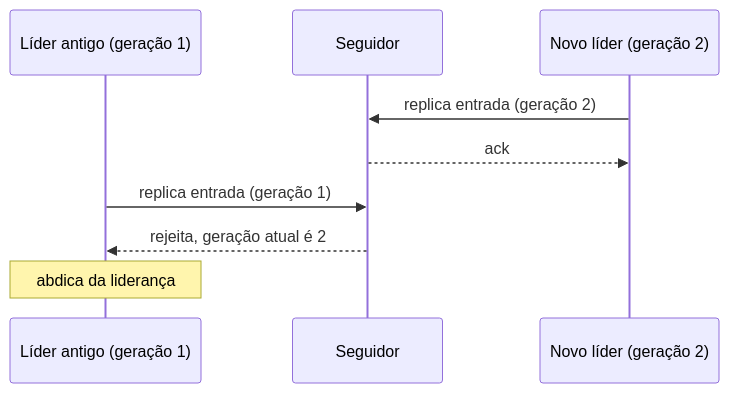
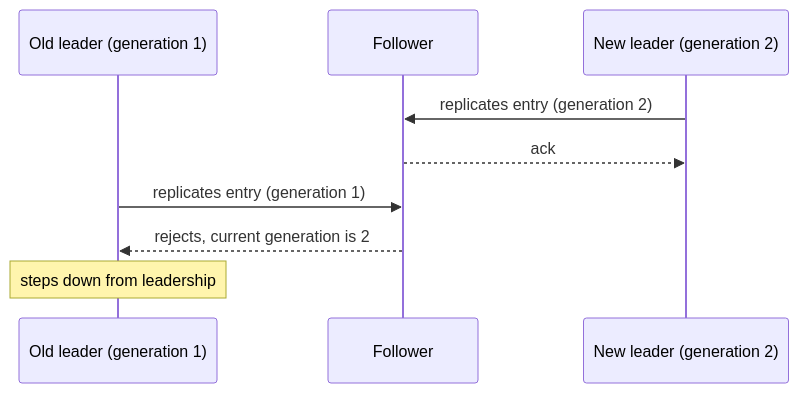
One commit to alancesar/design-patterns changed the diagram in docs/architecture/distributed-systems/data-replication/generation-clock.md. Above: the diagram before and after it, drawn with Mermaid. The commit also changed 258 other files, not shown here.

First line of the commit message:
Translate Mermaid diagrams to English

````diff
--- a/docs/architecture/distributed-systems/data-replication/generation-clock.md
+++ b/docs/architecture/distributed-systems/data-replication/generation-clock.md
@@ -53,11 +53,11 @@
 ```mermaid
 sequenceDiagram
-    participant Old as Líder antigo (geração 1)
-    participant F as Seguidor
-    participant New as Novo líder (geração 2)
-    New->>F: replica entrada (geração 2)
+    participant Old as Old leader (generation 1)
+    participant F as Follower
+    participant New as New leader (generation 2)
+    New->>F: replicates entry (generation 2)
     F-->>New: ack
-    Old->>F: replica entrada (geração 1)
-    F-->>Old: rejeita, geração atual é 2
-    Note over Old: abdica da liderança
+    Old->>F: replicates entry (generation 1)
+    F-->>Old: rejects, current generation is 2
+    Note over Old: steps down from leadership
 ```
````
